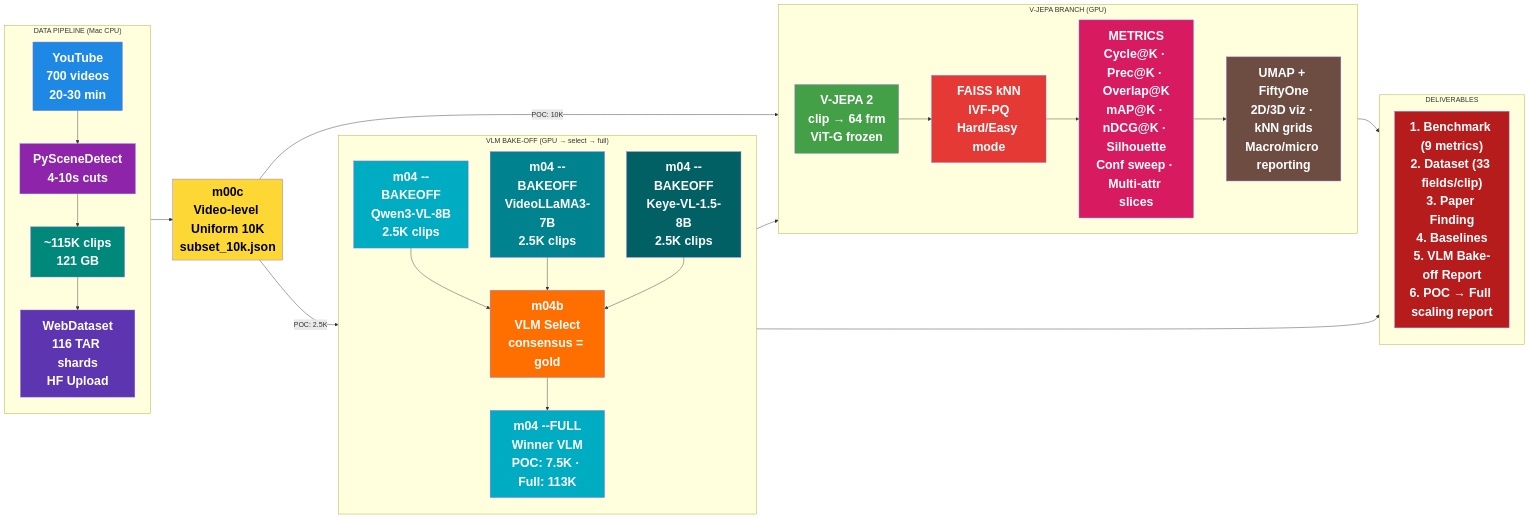
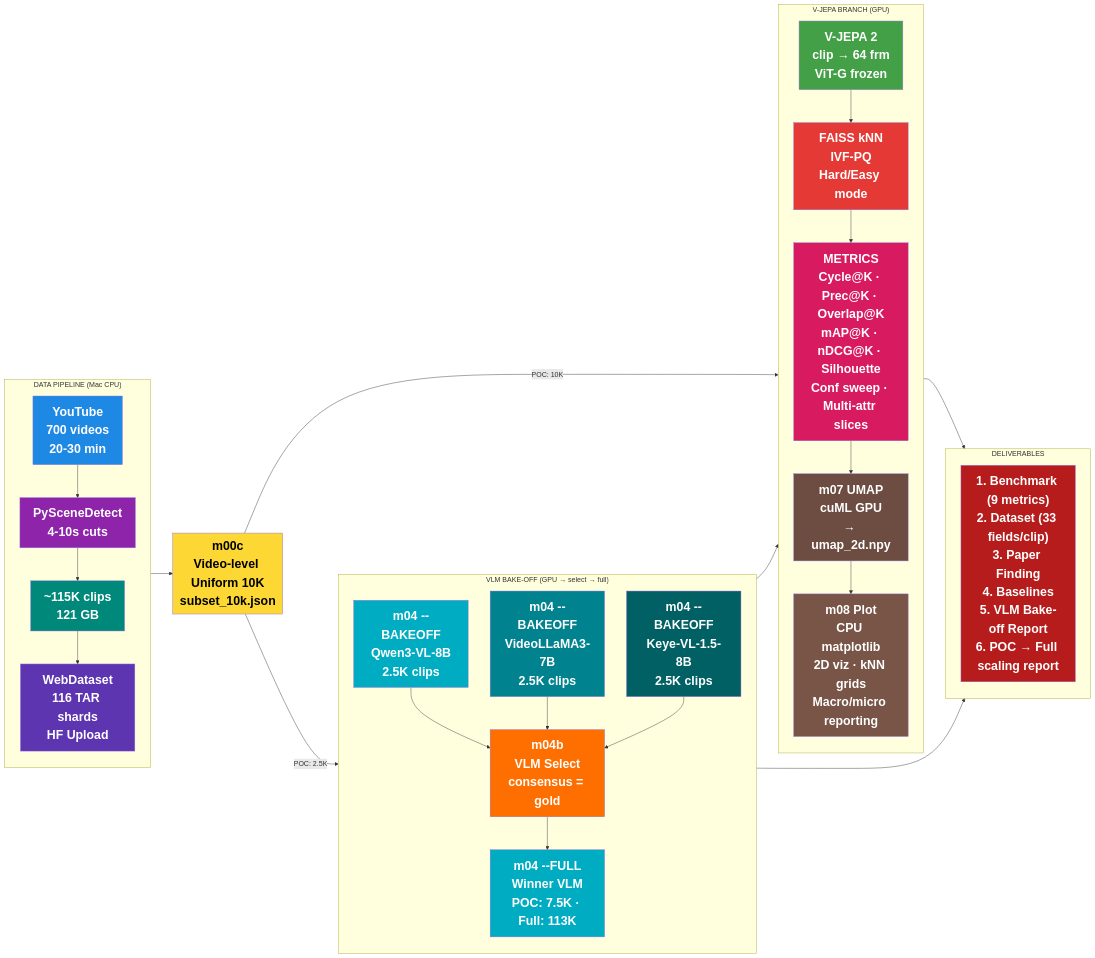
One commit to kapilw25/factorjepa changed the first of 2 diagrams in iter/iter6/plan_HIGH_LEVEL.md. Above: the diagram before and after it, drawn with Mermaid. The commit also changed other lines of this file and 14 other files, not shown here.

````diff
--- a/iter/iter6/plan_HIGH_LEVEL.md
+++ b/iter/iter6/plan_HIGH_LEVEL.md
@@ -77,54 +77,56 @@
 ```mermaid
 flowchart LR
     subgraph DATA ["DATA PIPELINE (Mac CPU)"]
         direction TB
         A["YouTube<br>700 videos<br>20-30 min"] --> B["PySceneDetect<br>4-10s cuts"]
         B --> C["~115K clips<br>121 GB"]
         C --> D["WebDataset<br>116 TAR shards<br>HF Upload"]
     end
 
     subgraph SUB ["m00c<br>Video-level Uniform 10K<br>subset_10k.json"]
     end
 
     subgraph VJEPA ["V-JEPA BRANCH (GPU)"]
-        direction LR
+        direction TB
         E["V-JEPA 2<br>clip → 64 frm<br>ViT-G frozen"] --> F["FAISS kNN<br>IVF-PQ<br>Hard/Easy mode"]
         F --> G["METRICS<br>Cycle@K · Prec@K · Overlap@K<br>mAP@K · nDCG@K · Silhouette<br>Conf sweep · Multi-attr slices"]
-        G --> H["UMAP + FiftyOne<br>2D/3D viz · kNN grids<br>Macro/micro reporting"]
+        G --> H1["m07 UMAP<br>cuML GPU<br>→ umap_2d.npy"]
+        H1 --> H2["m08 Plot<br>CPU matplotlib<br>2D viz · kNN grids<br>Macro/micro reporting"]
     end
 
     subgraph VLM ["VLM BAKE-OFF (GPU → select → full)"]
         direction TB
         I1["m04 --BAKEOFF<br>Qwen3-VL-8B<br>2.5K clips"] --> S["m04b<br>VLM Select<br>consensus = gold"]
         I2["m04 --BAKEOFF<br>VideoLLaMA3-7B<br>2.5K clips"] --> S
         I3["m04 --BAKEOFF<br>Keye-VL-1.5-8B<br>2.5K clips"] --> S
         S --> W["m04 --FULL<br>Winner VLM<br>POC: 7.5K · Full: 113K"]
     end
 
     subgraph OUT ["DELIVERABLES"]
         K["1. Benchmark (9 metrics)<br>2. Dataset (33 fields/clip)<br>3. Paper Finding<br>4. Baselines<br>5. VLM Bake-off Report<br>6. POC → Full scaling report"]
     end
 
     DATA --> SUB
     SUB -->|"POC: 10K"| VJEPA
     SUB -->|"POC: 2.5K"| VLM
     VLM --> VJEPA
     VJEPA --> OUT
     VLM --> OUT
 
     style A fill:#1e88e5,color:#fff,font-weight:bold,font-size:28px
     style B fill:#8e24aa,color:#fff,font-weight:bold,font-size:28px
     style C fill:#00897b,color:#fff,font-weight:bold,font-size:28px
     style D fill:#5e35b1,color:#fff,font-weight:bold,font-size:28px
     style SUB fill:#fdd835,color:#000,font-weight:bold,font-size:28px
     style E fill:#43a047,color:#fff,font-weight:bold,font-size:28px
     style F fill:#e53935,color:#fff,font-weight:bold,font-size:28px
     style G fill:#d81b60,color:#fff,font-weight:bold,font-size:28px
-    style H fill:#6d4c41,color:#fff,font-weight:bold,font-size:28px
+    style H1 fill:#6d4c41,color:#fff,font-weight:bold,font-size:28px
+    style H2 fill:#795548,color:#fff,font-weight:bold,font-size:28px
     style I1 fill:#00acc1,color:#fff,font-weight:bold,font-size:28px
     style I2 fill:#00838f,color:#fff,font-weight:bold,font-size:28px
     style I3 fill:#006064,color:#fff,font-weight:bold,font-size:28px
     style S fill:#ff6f00,color:#fff,font-weight:bold,font-size:28px
     style W fill:#00acc1,color:#fff,font-weight:bold,font-size:28px
     style K fill:#b71c1c,color:#fff,font-weight:bold,font-size:28px
 ```
````
